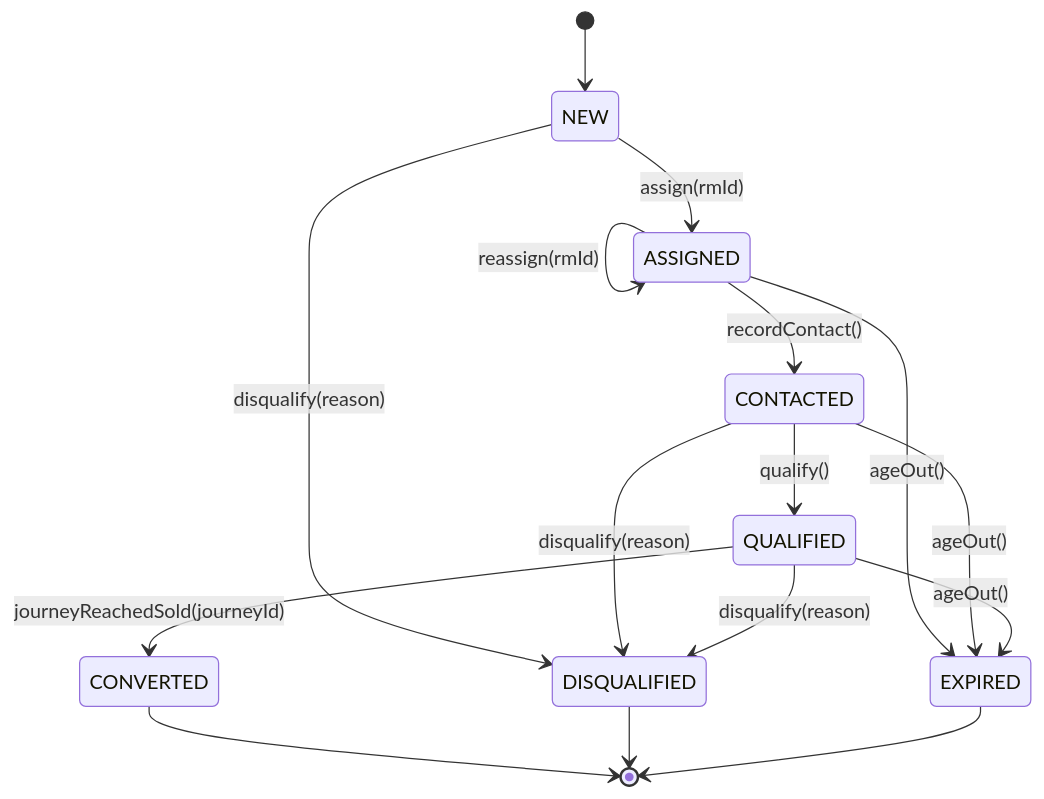
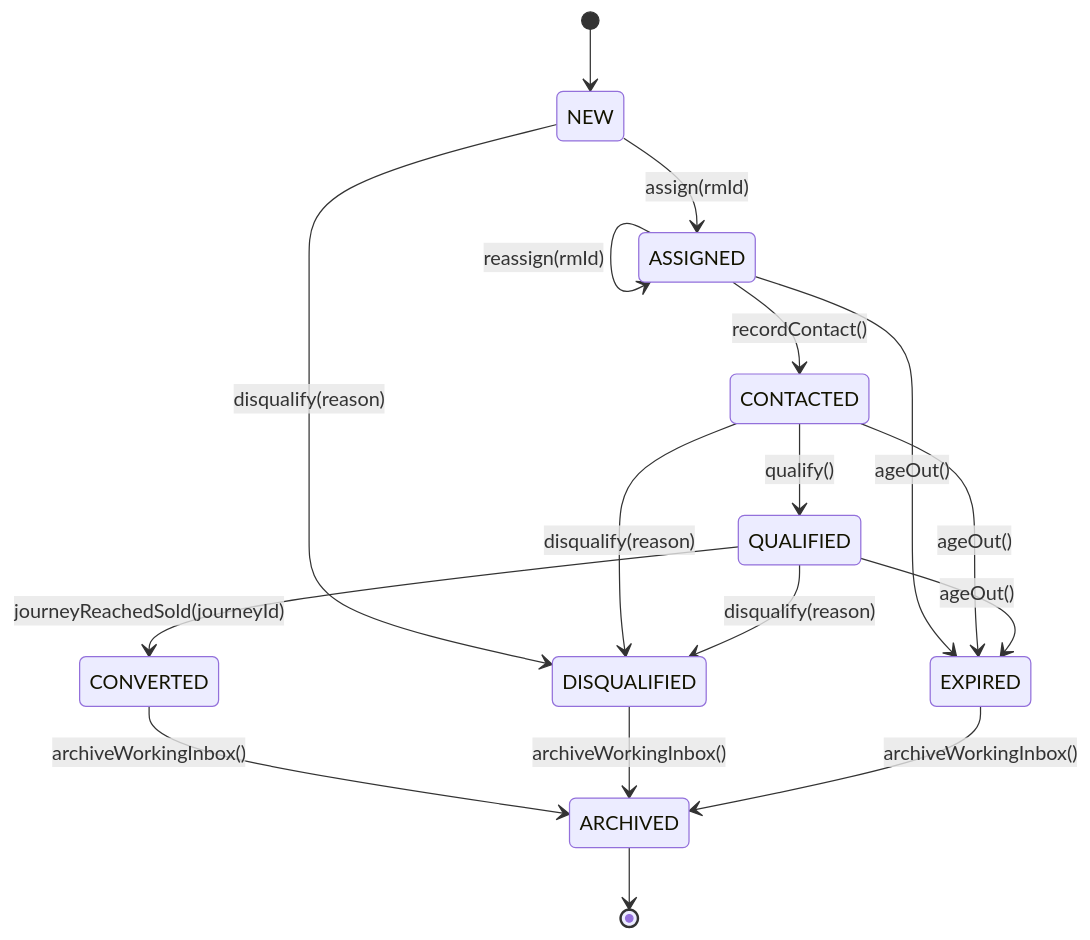
The second of 9 diagrams in docs/platform/ws3-platform/01-domain-model-and-invariants.md (Mahesh38/bank-insurance-platform), drawn with Mermaid before and after one commit. The commit also changed other lines of this file and 13 other files, not shown here.

````diff
--- a/docs/platform/ws3-platform/01-domain-model-and-invariants.md
+++ b/docs/platform/ws3-platform/01-domain-model-and-invariants.md
@@ -444,18 +442,19 @@
 ```mermaid
 stateDiagram-v2
     [*] --> NEW
     NEW --> ASSIGNED: assign(rmId)
     NEW --> DISQUALIFIED: disqualify(reason)
     ASSIGNED --> CONTACTED: recordContact()
     ASSIGNED --> ASSIGNED: reassign(rmId)
     ASSIGNED --> EXPIRED: ageOut()
     CONTACTED --> QUALIFIED: qualify()
     CONTACTED --> DISQUALIFIED: disqualify(reason)
     CONTACTED --> EXPIRED: ageOut()
     QUALIFIED --> CONVERTED: journeyReachedSold(journeyId)
     QUALIFIED --> DISQUALIFIED: disqualify(reason)
     QUALIFIED --> EXPIRED: ageOut()
-    CONVERTED --> [*]
-    DISQUALIFIED --> [*]
-    EXPIRED --> [*]
+    CONVERTED --> ARCHIVED: archiveWorkingInbox()
+    DISQUALIFIED --> ARCHIVED: archiveWorkingInbox()
+    EXPIRED --> ARCHIVED: archiveWorkingInbox()
+    ARCHIVED --> [*]
 ```
````
